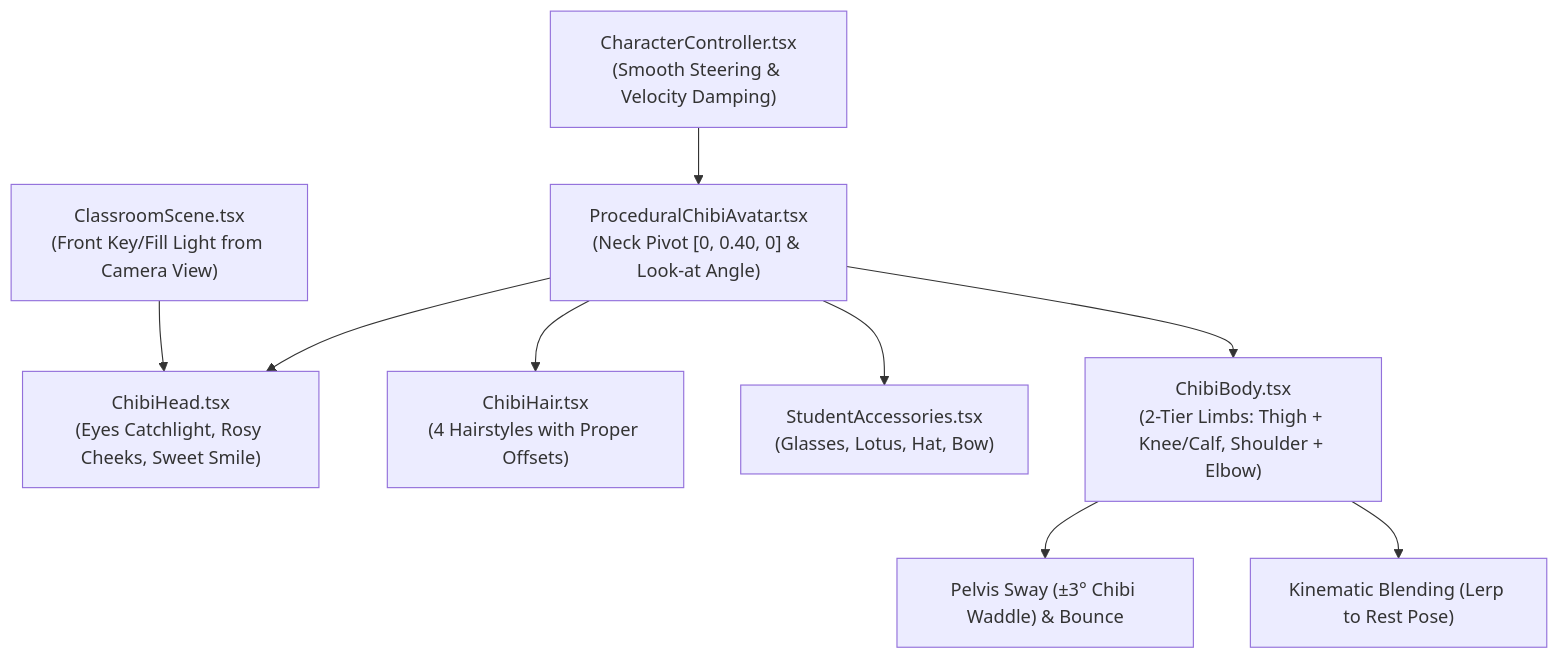
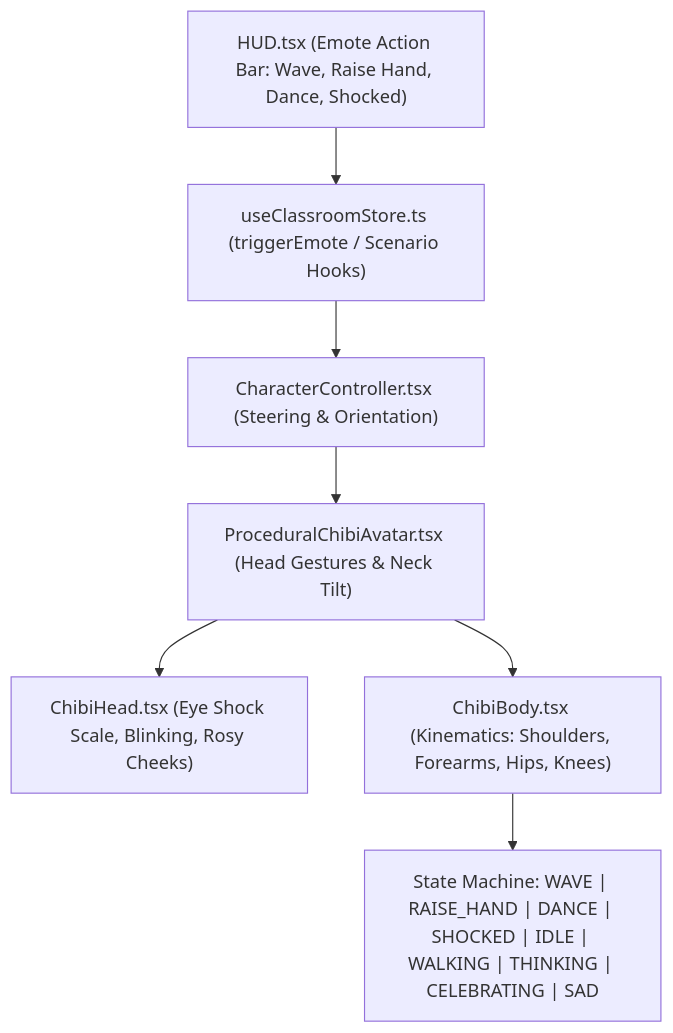
One commit to VietPam/classroom-3d changed the diagram in PLAN.md. Above: the diagram before and after it, drawn with Mermaid. The commit also changed other lines of this file and 13 other files, not shown here.

Commit message:
feat: integrate 4 extended animations (wave, raise hand, dance, shocked) with interactive HUD emote bar

````diff
--- a/PLAN.md
+++ b/PLAN.md
@@ -14,11 +16,9 @@
 ```mermaid
 flowchart TD
-    CC["CharacterController.tsx<br/>(Smooth Steering & Velocity Damping)"] --> PCA["ProceduralChibiAvatar.tsx<br/>(Neck Pivot [0, 0.40, 0] & Look-at Angle)"]
-    PCA --> Head["ChibiHead.tsx<br/>(Eyes Catchlight, Rosy Cheeks, Sweet Smile)"]
-    PCA --> Hair["ChibiHair.tsx<br/>(4 Hairstyles with Proper Offsets)"]
-    PCA --> Acc["StudentAccessories.tsx<br/>(Glasses, Lotus, Hat, Bow)"]
-    PCA --> Body["ChibiBody.tsx<br/>(2-Tier Limbs: Thigh + Knee/Calf, Shoulder + Elbow)"]
-    Body --> Pelvis["Pelvis Sway (±3° Chibi Waddle) & Bounce"]
-    Body --> Limbs["Kinematic Blending (Lerp to Rest Pose)"]
-    Light["ClassroomScene.tsx<br/>(Front Key/Fill Light from Camera View)"] --> Head
+    HUD["HUD.tsx (Emote Action Bar: Wave, Raise Hand, Dance, Shocked)"] --> Store["useClassroomStore.ts (triggerEmote / Scenario Hooks)"]
+    Store --> CC["CharacterController.tsx (Steering & Orientation)"]
+    CC --> PCA["ProceduralChibiAvatar.tsx (Head Gestures & Neck Tilt)"]
+    PCA --> Head["ChibiHead.tsx (Eye Shock Scale, Blinking, Rosy Cheeks)"]
+    PCA --> Body["ChibiBody.tsx (Kinematics: Shoulders, Forearms, Hips, Knees)"]
+    Body --> Emotes["State Machine: WAVE | RAISE_HAND | DANCE | SHOCKED | IDLE | WALKING | THINKING | CELEBRATING | SAD"]
 ```
````
